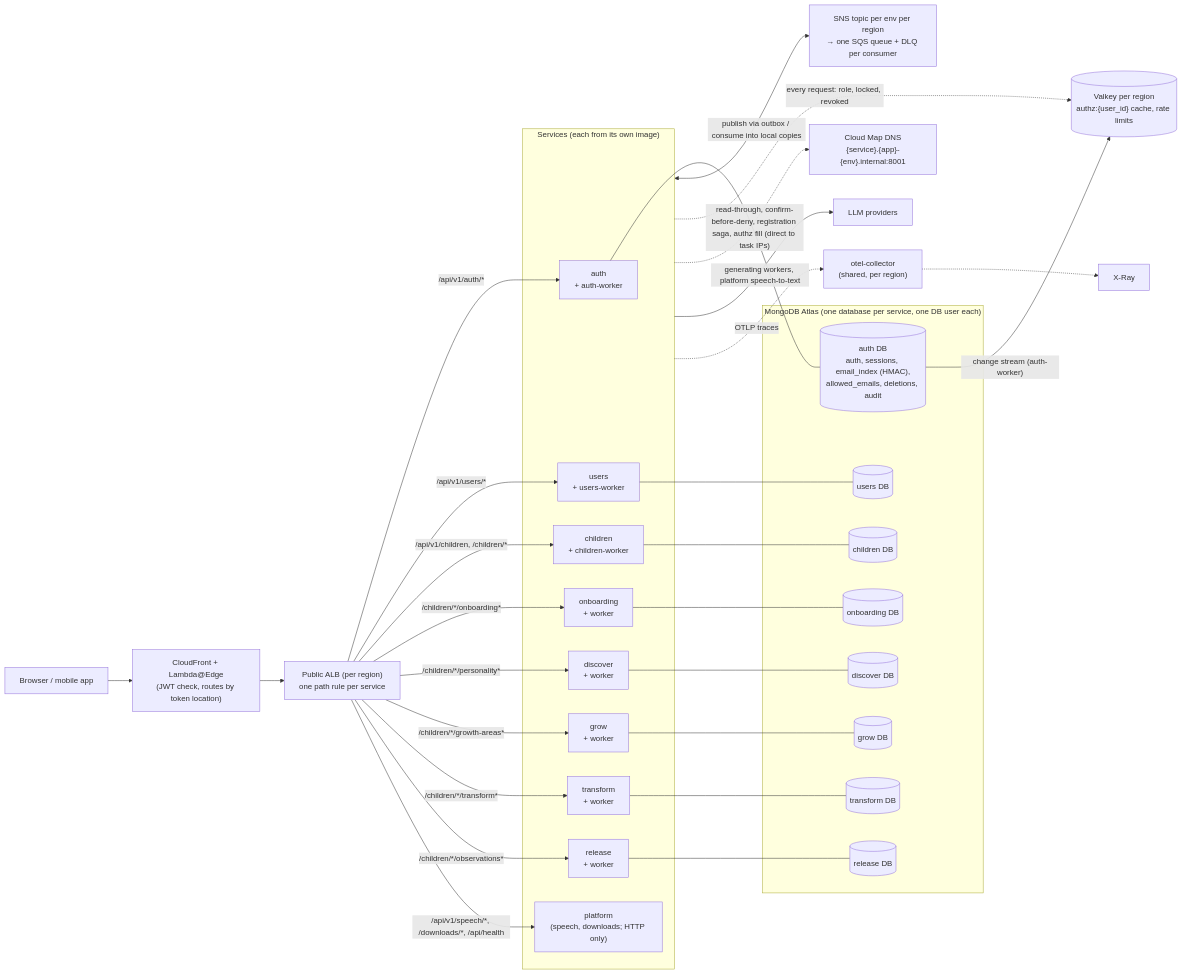
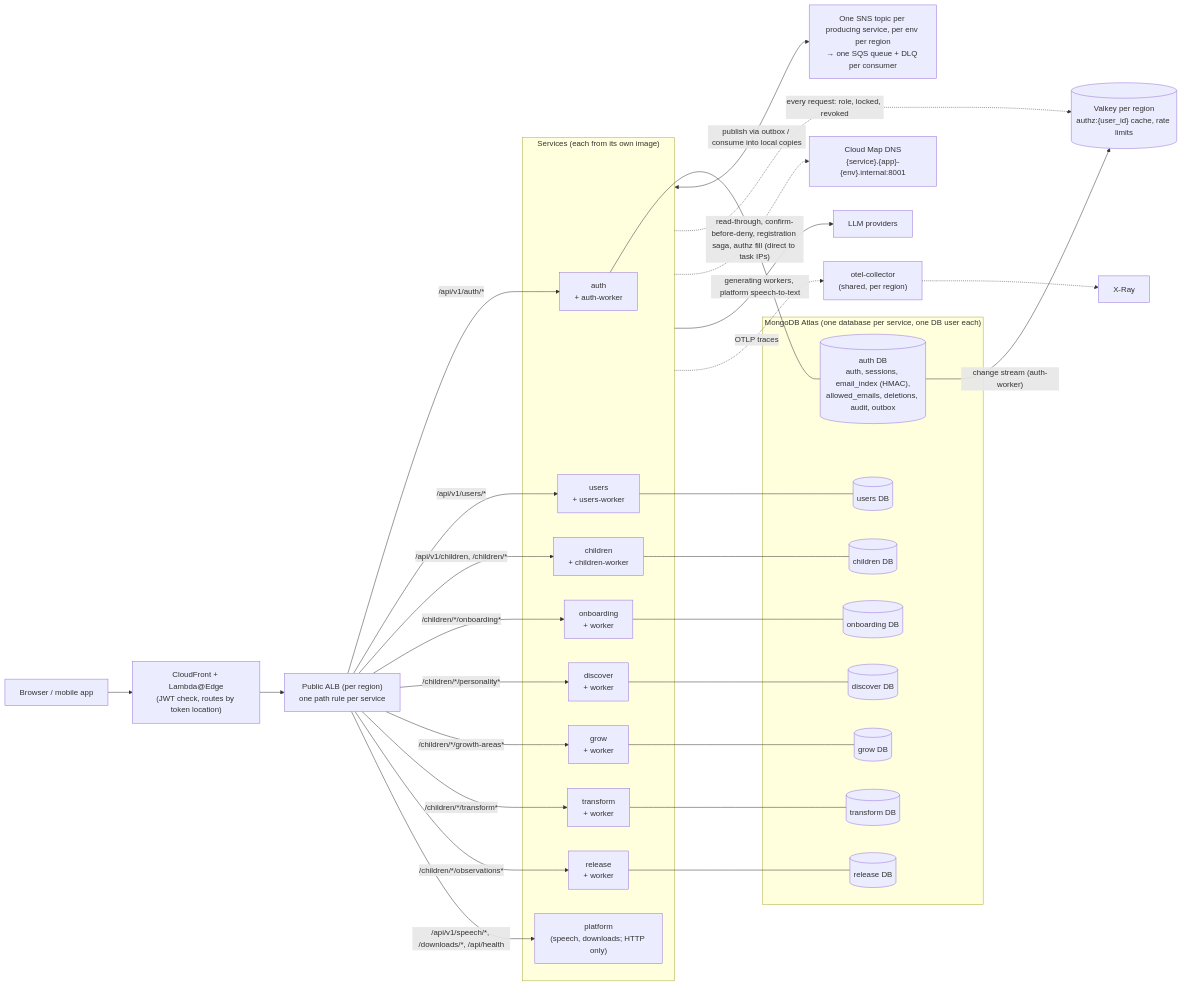
The first of 6 diagrams in docs/auth-users-split.md (pkprincekumar7/buddy-app), drawn with Mermaid before and after one commit. The commit also changed other lines of this file and 1 other file, not shown here.

````diff
--- a/docs/auth-users-split.md
+++ b/docs/auth-users-split.md
@@ -68,63 +68,63 @@
 ```mermaid
 flowchart LR
     browser["Browser / mobile app"] --> cf["CloudFront + Lambda@Edge<br/>(JWT check, routes by token location)"]
     cf --> alb["Public ALB (per region)<br/>one path rule per service"]
 
     subgraph services["Services (each from its own image)"]
         auth["auth<br/>+ auth-worker"]
         users["users<br/>+ users-worker"]
         children["children<br/>+ children-worker"]
         onboarding["onboarding<br/>+ worker"]
         discover["discover<br/>+ worker"]
         grow["grow<br/>+ worker"]
         transform["transform<br/>+ worker"]
         release["release<br/>+ worker"]
         platform["platform<br/>(speech, downloads; HTTP only)"]
     end
 
     alb -->|"/api/v1/auth/*"| auth
     alb -->|"/api/v1/users/*"| users
     alb -->|"/api/v1/children, /children/*"| children
     alb -->|"/children/*/onboarding*"| onboarding
     alb -->|"/children/*/personality*"| discover
     alb -->|"/children/*/growth-areas*"| grow
     alb -->|"/children/*/transform*"| transform
     alb -->|"/children/*/observations*"| release
     alb -->|"/api/v1/speech/*, /downloads/*, /api/health"| platform
 
     subgraph mongo["MongoDB Atlas (one database per service, one DB user each)"]
-        authdb[("auth DB<br/>auth, sessions, email_index (HMAC),<br/>allowed_emails, deletions, audit")]
+        authdb[("auth DB<br/>auth, sessions, email_index (HMAC),<br/>allowed_emails, deletions, audit, outbox")]
         usersdb[("users DB")]
         childrendb[("children DB")]
         onbdb[("onboarding DB")]
         discdb[("discover DB")]
         growdb[("grow DB")]
         transdb[("transform DB")]
         reldb[("release DB")]
     end
 
     auth --- authdb
     users --- usersdb
     children --- childrendb
     onboarding --- onbdb
     discover --- discdb
     grow --- growdb
     transform --- transdb
     release --- reldb
 
-    bus["SNS topic per env per region<br/>→ one SQS queue + DLQ per consumer"]
+    bus["One SNS topic per producing service, per env per region<br/>→ one SQS queue + DLQ per consumer"]
     services <-->|"publish via outbox / consume into local copies"| bus
 
     authdb -->|"change stream (auth-worker)"| redis[("Valkey per region<br/>authz:{user_id} cache, rate limits")]
     services -.->|"every request: role, locked, revoked"| redis
 
     cmap["Cloud Map DNS<br/>{service}.{app}-{env}.internal:8001"]
     services -.->|"read-through, confirm-before-deny, registration saga, authz fill (direct to task IPs)"| cmap
 
     llm["LLM providers"]
     services -->|"generating workers, platform speech-to-text"| llm
 
     otel["otel-collector<br/>(shared, per region)"]
     services -.->|"OTLP traces"| otel
     otel -.-> xray["X-Ray"]
 ```
````
